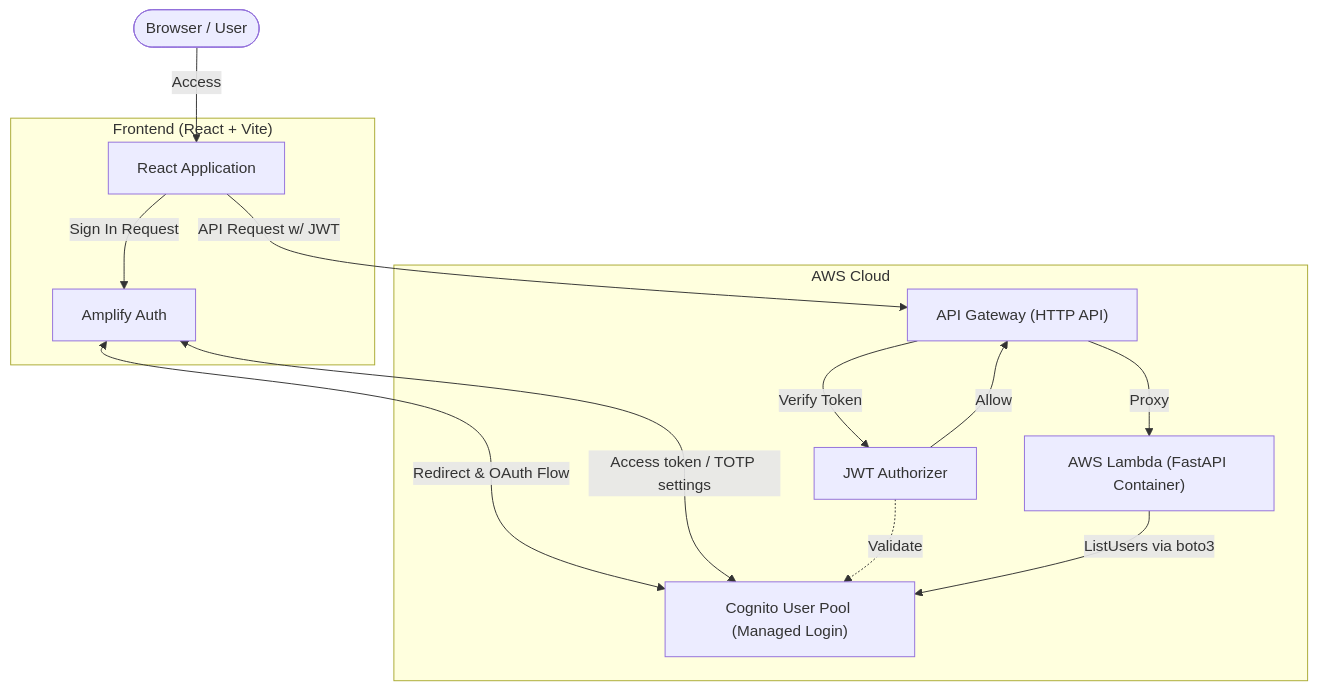
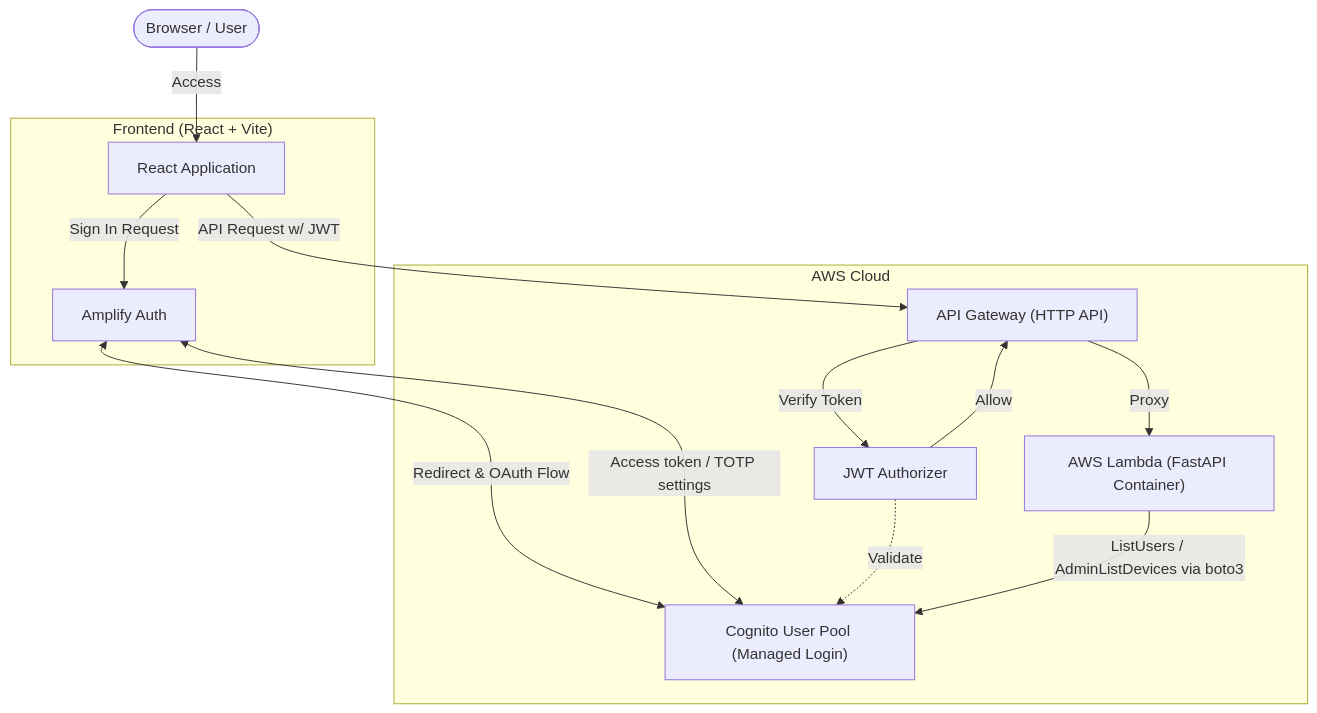
One commit to tayutaedomo/react-cognito-sandbox changed the first of 2 diagrams in docs/architecture.md. Above: the diagram before and after it, drawn with Mermaid. The commit also changed other lines of this file and 26 other files, not shown here.

````diff
--- a/docs/architecture.md
+++ b/docs/architecture.md
@@ -21,27 +21,27 @@
 ```mermaid
 flowchart TD
     User([Browser / User])
 
     subgraph Frontend ["Frontend (React + Vite)"]
         App["React Application"]
         Amplify["Amplify Auth"]
     end
 
     subgraph AWS ["AWS Cloud"]
         Cognito["Cognito User Pool (Managed Login)"]
         APIGW["API Gateway (HTTP API)"]
         Authorizer["JWT Authorizer"]
         Lambda["AWS Lambda (FastAPI Container)"]
     end
 
     User -->|Access| App
     App -->|Sign In Request| Amplify
     Amplify <-->|Redirect & OAuth Flow| Cognito
     Amplify <-->|Access token / TOTP settings| Cognito
     App -->|API Request w/ JWT| APIGW
     APIGW -->|Verify Token| Authorizer
     Authorizer -.->|Validate| Cognito
     Authorizer -->|Allow| APIGW
     APIGW -->|Proxy| Lambda
-    Lambda -->|ListUsers via boto3| Cognito
+    Lambda -->|ListUsers / AdminListDevices via boto3| Cognito
 ```
````
